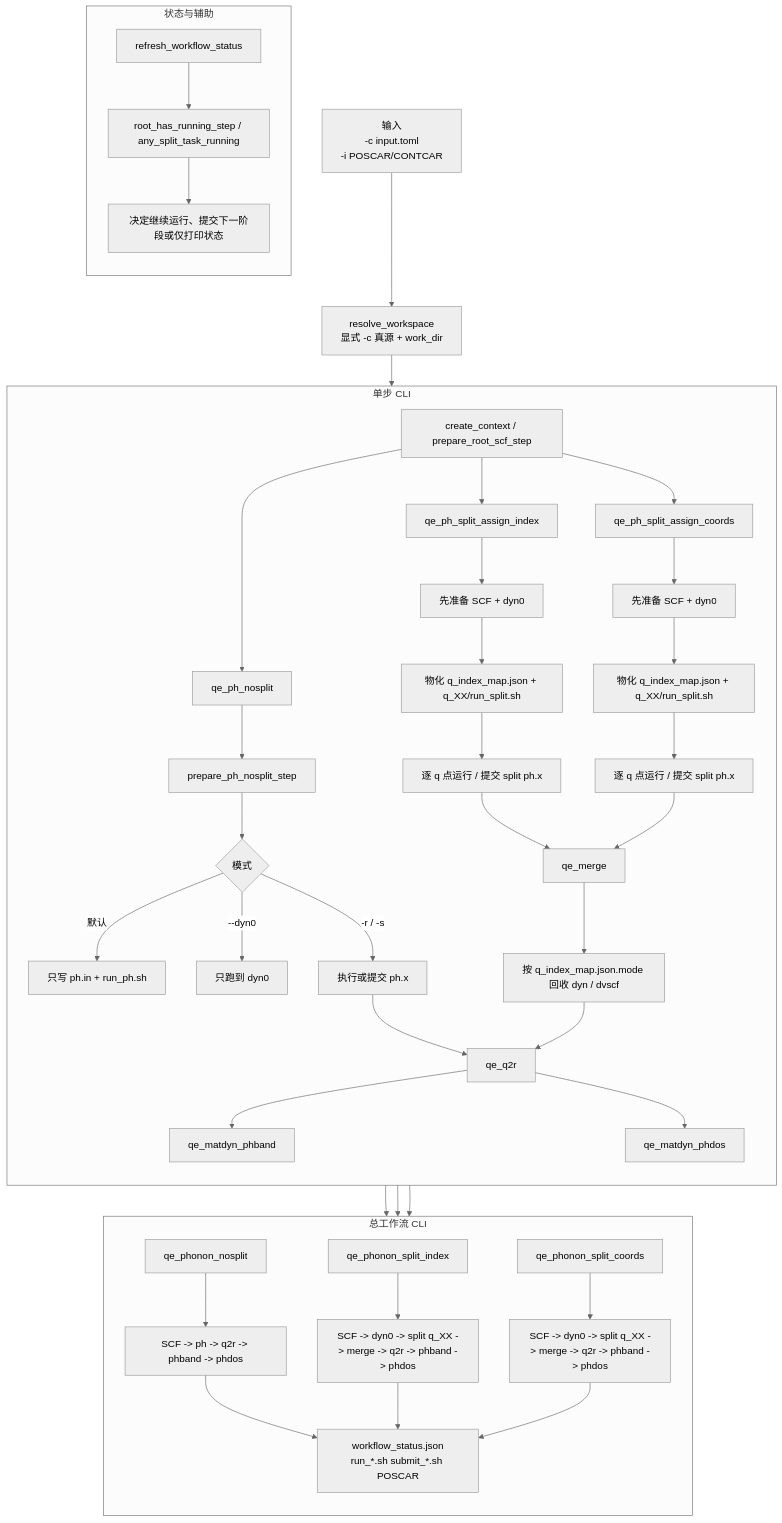
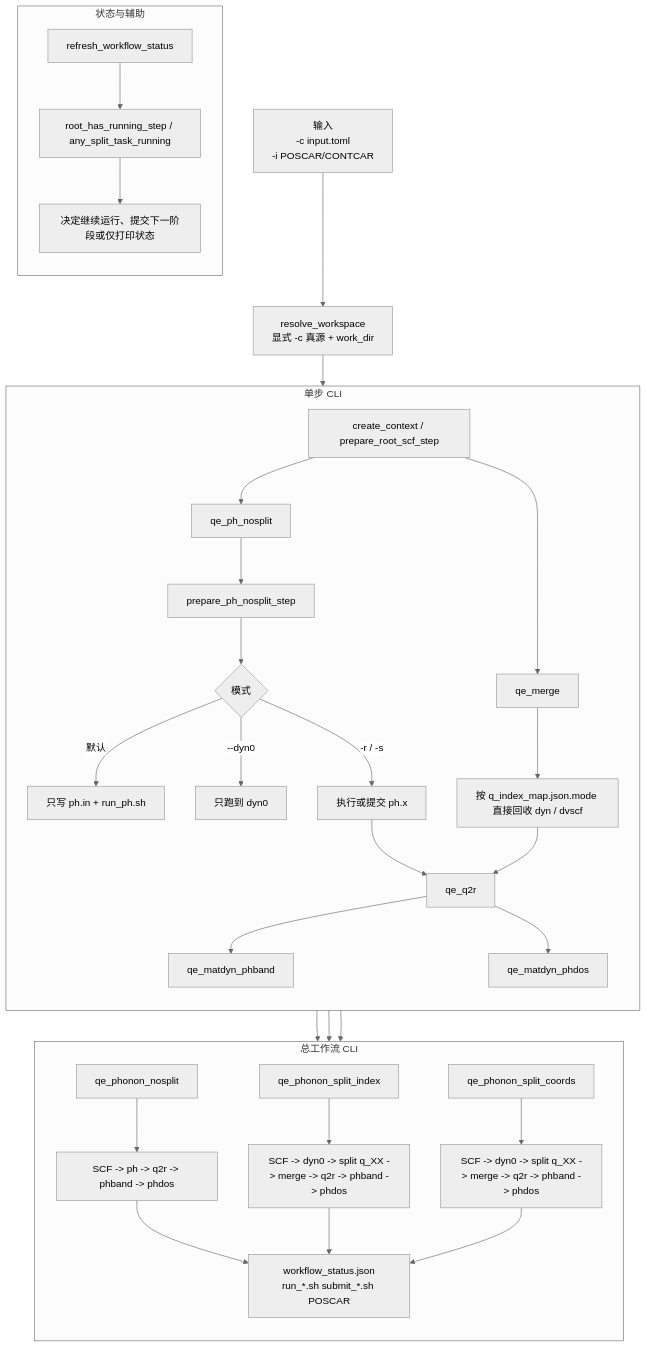
The diagram in qeflow/phonon/phonon-cli-flow.mmd (JLU-ICCMS-MaYuan/dftflow), drawn with Mermaid (neutral theme) before and after one commit. The commit also changed 13 other files, not shown here.

Commit message:
[2026-05-19 20:57:39] 重构：收敛 qe_phonon split merge 直执行

```diff
--- a/qeflow/phonon/phonon-cli-flow.mmd
+++ b/qeflow/phonon/phonon-cli-flow.mmd
@@ -1,52 +1,42 @@
 flowchart TD
     A["输入<br/>-c input.toml<br/>-i POSCAR/CONTCAR"] --> B["resolve_workspace<br/>显式 -c 真源 + work_dir"]
     B --> C["create_context / prepare_root_scf_step"]
 
     subgraph P0["单步 CLI"]
         direction TD
         C --> P1["qe_ph_nosplit"]
         P1 --> P1A["prepare_ph_nosplit_step"]
         P1A --> P1B{"模式"}
         P1B -->|默认| P1C["只写 ph.in + run_ph.sh"]
         P1B -->| --dyn0 | P1D["只跑到 dyn0"]
         P1B -->| -r / -s | P1E["执行或提交 ph.x"]
 
-        C --> P2["qe_ph_split_assign_index"]
-        C --> P3["qe_ph_split_assign_coords"]
-        P2 --> P2A["先准备 SCF + dyn0"]
-        P3 --> P3A["先准备 SCF + dyn0"]
-        P2A --> P2B["物化 q_index_map.json + q_XX/run_split.sh"]
-        P3A --> P3B["物化 q_index_map.json + q_XX/run_split.sh"]
-        P2B --> P2C["逐 q 点运行 / 提交 split ph.x"]
-        P3B --> P3C["逐 q 点运行 / 提交 split ph.x"]
-
-        P2C --> P4["qe_merge"]
-        P3C --> P4
-        P4 --> P4A["按 q_index_map.json.mode 回收 dyn / dvscf"]
+        C --> P4["qe_merge"]
+        P4 --> P4A["按 q_index_map.json.mode 直接回收 dyn / dvscf"]
 
         P1E --> P5["qe_q2r"]
         P4A --> P5
         P5 --> P6["qe_matdyn_phband"]
         P5 --> P7["qe_matdyn_phdos"]
     end
 
     subgraph P8["总工作流 CLI"]
         direction TD
         C --> W1["qe_phonon_nosplit"]
         C --> W2["qe_phonon_split_index"]
         C --> W3["qe_phonon_split_coords"]
 
         W1 --> W1A["SCF -> ph -> q2r -> phband -> phdos"]
         W2 --> W2A["SCF -> dyn0 -> split q_XX -> merge -> q2r -> phband -> phdos"]
         W3 --> W3A["SCF -> dyn0 -> split q_XX -> merge -> q2r -> phband -> phdos"]
 
         W1A --> WS["workflow_status.json<br/>run_*.sh submit_*.sh POSCAR"]
         W2A --> WS
         W3A --> WS
     end
 
     subgraph P9["状态与辅助"]
         direction TD
         H1["refresh_workflow_status"] --> H2["root_has_running_step / any_split_task_running"]
         H2 --> H3["决定继续运行、提交下一阶段或仅打印状态"]
     end
```
